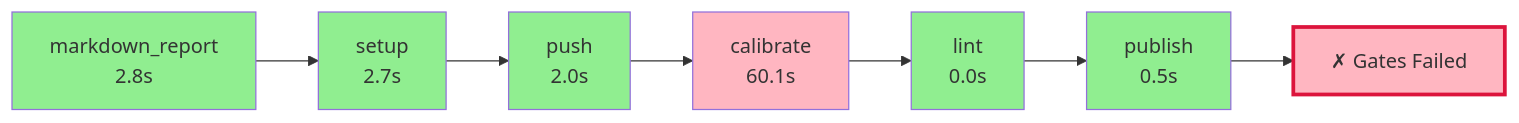
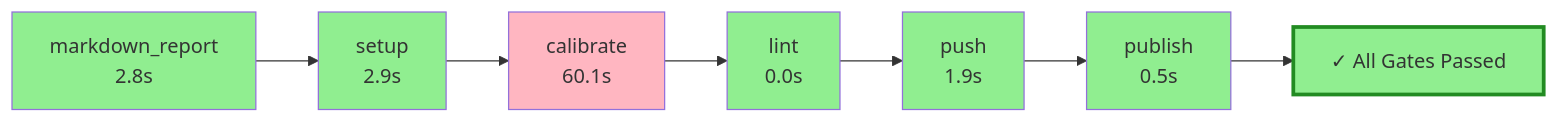
One commit to wronai/fixos changed the diagram in .pyqual/report.md. Above: the diagram before and after it, drawn with Mermaid. The commit also changed other lines of this file and 2 other files, not shown here.

````diff
--- a/.pyqual/report.md
+++ b/.pyqual/report.md
@@ -10,23 +10,23 @@
 ```mermaid
 flowchart LR
     S0["markdown_report<br/>2.8s"]
     style S0 fill:#90EE90
-    S1["setup<br/>2.7s"]
+    S1["setup<br/>2.9s"]
     style S1 fill:#90EE90
     S0 --> S1
-    S2["push<br/>2.0s"]
-    style S2 fill:#90EE90
+    S2["calibrate<br/>60.1s"]
+    style S2 fill:#FFB6C1
     S1 --> S2
-    S3["calibrate<br/>60.1s"]
-    style S3 fill:#FFB6C1
+    S3["lint<br/>0.0s"]
+    style S3 fill:#90EE90
     S2 --> S3
-    S4["lint<br/>0.0s"]
+    S4["push<br/>1.9s"]
     style S4 fill:#90EE90
     S3 --> S4
     S5["publish<br/>0.5s"]
     style S5 fill:#90EE90
     S4 --> S5
-    G["✗ Gates Failed"]
-    style G fill:#FFB6C1,stroke:#DC143C,stroke-width:3px
+    G["✓ All Gates Passed"]
+    style G fill:#90EE90,stroke:#228B22,stroke-width:3px
     S5 --> G
 ```
````
